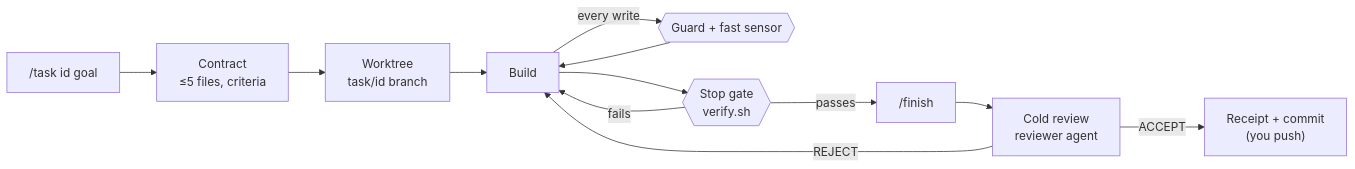
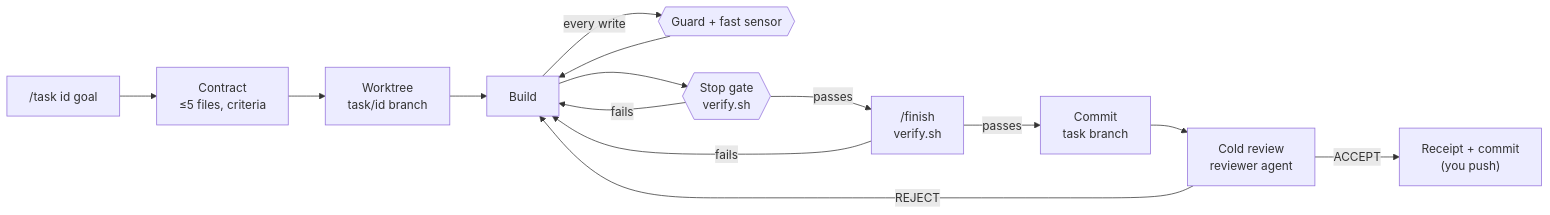
The diagram in README.md (Hephest/coding-harness-boilerplate), drawn with Mermaid before and after one commit. The commit also changed other lines of this file and 4 other files, not shown here.

````diff
--- a/README.md
+++ b/README.md
@@ -50,14 +50,16 @@
 ```mermaid
 flowchart LR
     A["/task id goal"] --> B["Contract<br/>≤5 files, criteria"]
     B --> C["Worktree<br/>task/id branch"]
     C --> D["Build"]
     D -- every write --> G{{"Guard + fast sensor"}}
     G --> D
     D --> S{{"Stop gate<br/>verify.sh"}}
     S -- fails --> D
-    S -- passes --> F["/finish"]
-    F --> R["Cold review<br/>reviewer agent"]
+    S -- passes --> F["/finish<br/>verify.sh"]
+    F -- fails --> D
+    F -- passes --> K["Commit<br/>task branch"]
+    K --> R["Cold review<br/>reviewer agent"]
     R -- REJECT --> D
     R -- ACCEPT --> P["Receipt + commit<br/>(you push)"]
 ```
````
